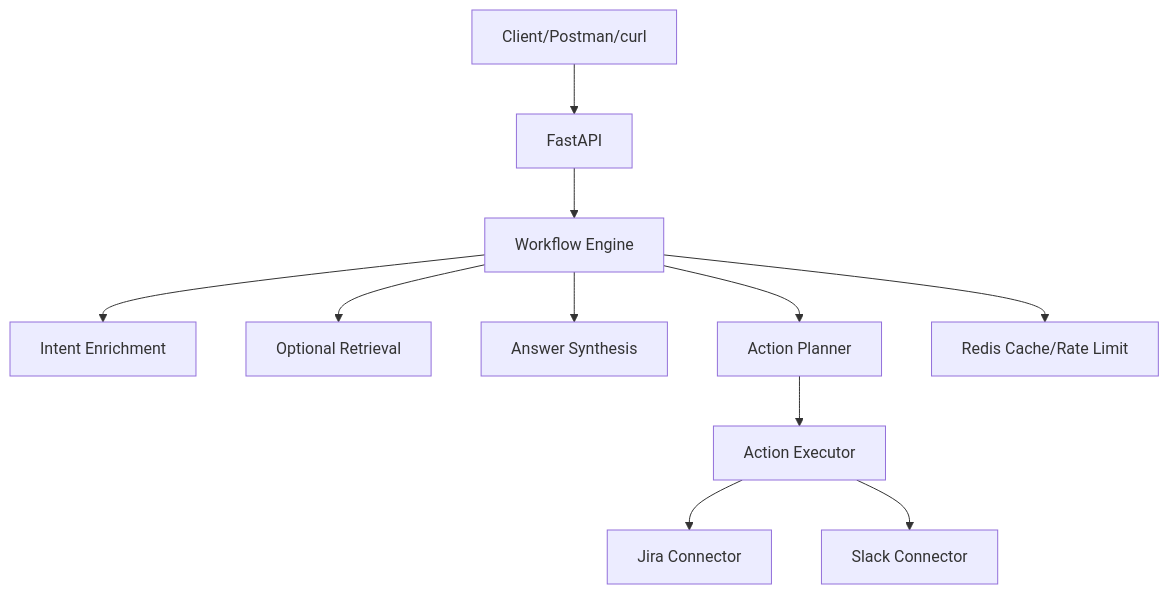
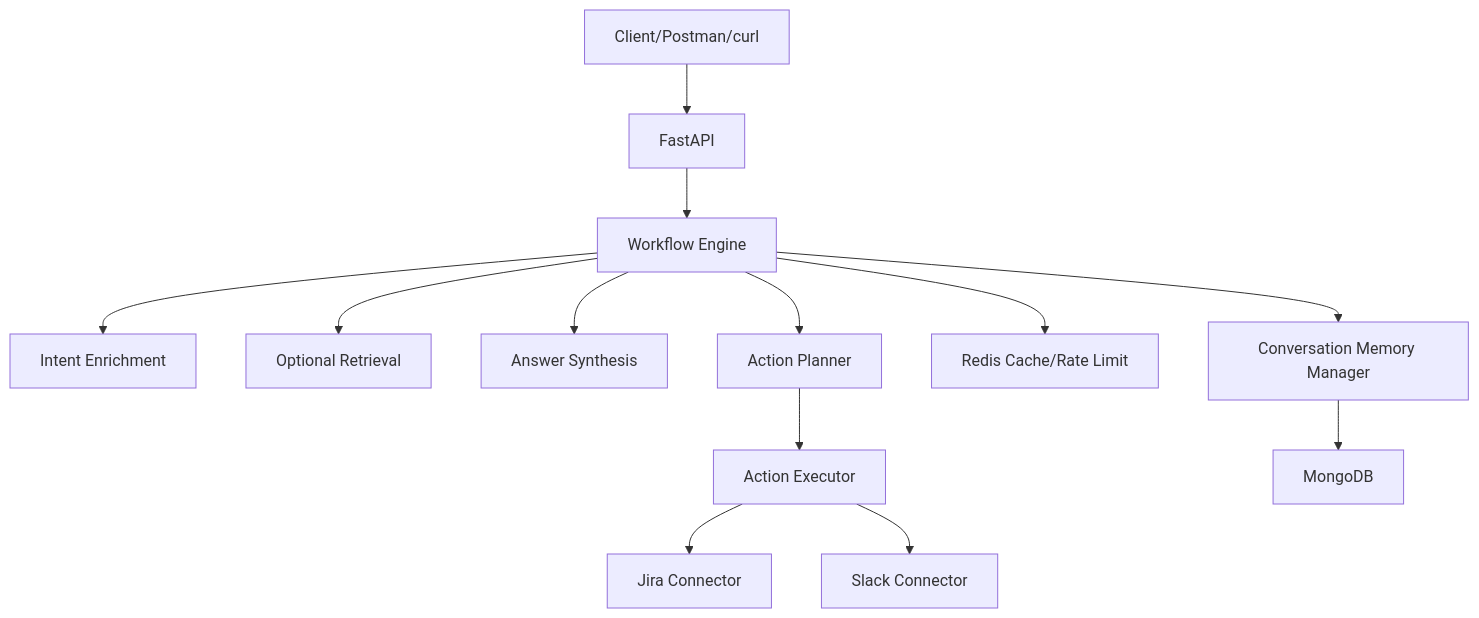
Before and after one commit to thanhit08/aiagt-aia: the second of 6 diagrams in docs/diagram.md, drawn with Mermaid. The commit also changed other lines of this file and 12 other files, not shown here.

Commit message:
Add MongoDB conversation memory and rolling-summary context window

````diff
--- a/docs/diagram.md
+++ b/docs/diagram.md
@@ -20,13 +21,15 @@
 ```mermaid
 flowchart TB
     Client[Client/Postman/curl] --> API[FastAPI]
     API --> Graph[Workflow Engine]
     Graph --> Enrich[Intent Enrichment]
     Graph --> RAG[Optional Retrieval]
     Graph --> Synth[Answer Synthesis]
     Graph --> Planner[Action Planner]
     Planner --> Exec[Action Executor]
     Graph --> Cache[Redis Cache/Rate Limit]
+    Graph --> Memory[Conversation Memory Manager]
+    Memory --> Mongo[MongoDB]
     Exec --> Jira[Jira Connector]
     Exec --> Slack[Slack Connector]
 ```
````
